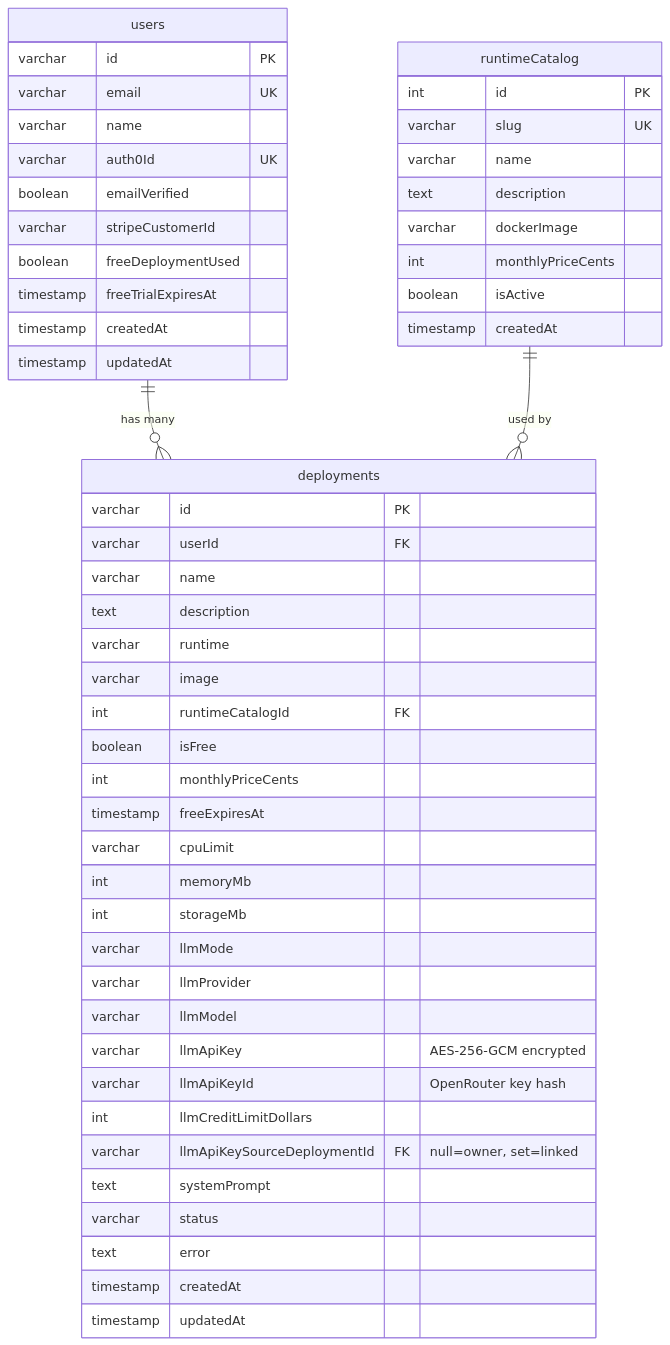
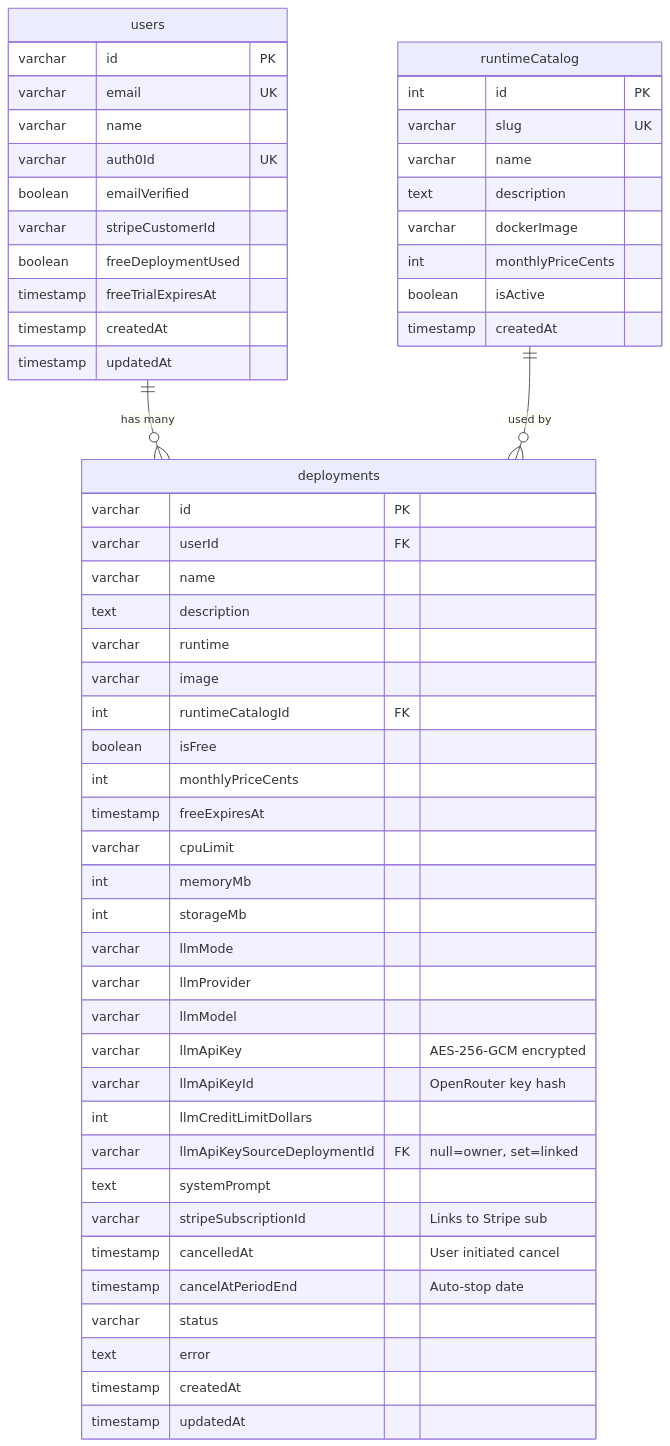
One commit to Bretthb/jarble changed the fifth of 15 diagrams in OVERVIEW.md. Above: the diagram before and after it, drawn with Mermaid. The commit also changed other lines of this file and 13 other files, not shown here.

````diff
--- a/OVERVIEW.md
+++ b/OVERVIEW.md
@@ -227,57 +230,60 @@
 ```mermaid
 erDiagram
     users {
         varchar id PK
         varchar email UK
         varchar name
         varchar auth0Id UK
         boolean emailVerified
         varchar stripeCustomerId
         boolean freeDeploymentUsed
         timestamp freeTrialExpiresAt
         timestamp createdAt
         timestamp updatedAt
     }
 
     deployments {
         varchar id PK
         varchar userId FK
         varchar name
         text description
         varchar runtime
         varchar image
         int runtimeCatalogId FK
         boolean isFree
         int monthlyPriceCents
         timestamp freeExpiresAt
         varchar cpuLimit
         int memoryMb
         int storageMb
         varchar llmMode
         varchar llmProvider
         varchar llmModel
         varchar llmApiKey "AES-256-GCM encrypted"
         varchar llmApiKeyId "OpenRouter key hash"
         int llmCreditLimitDollars
         varchar llmApiKeySourceDeploymentId FK "null=owner, set=linked"
         text systemPrompt
+        varchar stripeSubscriptionId "Links to Stripe sub"
+        timestamp cancelledAt "User initiated cancel"
+        timestamp cancelAtPeriodEnd "Auto-stop date"
         varchar status
         text error
         timestamp createdAt
         timestamp updatedAt
     }
 
     runtimeCatalog {
         int id PK
         varchar slug UK
         varchar name
         text description
         varchar dockerImage
         int monthlyPriceCents
         boolean isActive
         timestamp createdAt
     }
 
     users ||--o{ deployments : "has many"
     runtimeCatalog ||--o{ deployments : "used by"
 ```
````
